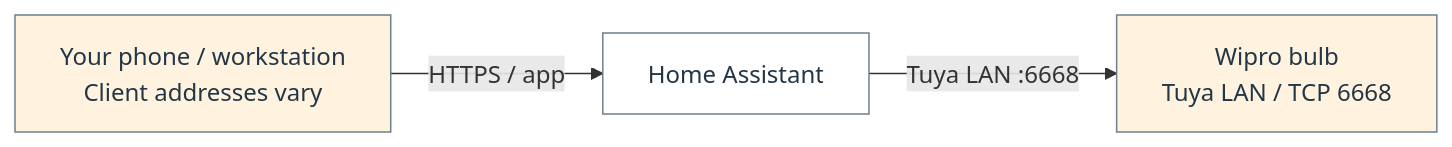
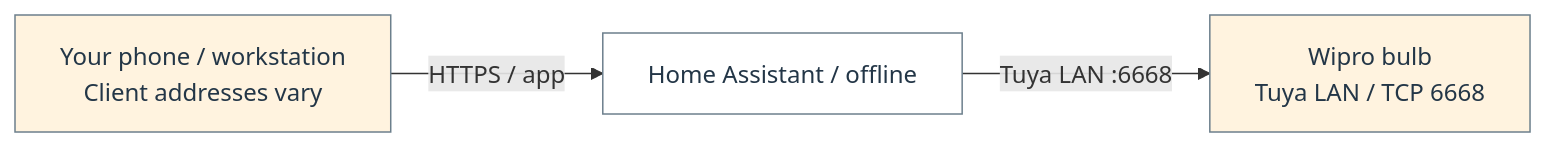
One commit to Harsh-2002/Homelab changed the third of 22 diagrams in docs/architecture/homelab-mermaid.md. Above: the diagram before and after it, drawn with Mermaid. The commit also changed other lines of this file and 38 other files, not shown here.

````diff
--- a/docs/architecture/homelab-mermaid.md
+++ b/docs/architecture/homelab-mermaid.md
@@ -315,12 +315,12 @@
 ```mermaid
 flowchart LR
   n_flow_1_0["Your phone / workstation<br/>Client addresses vary"]
-  n_flow_1_1["Home Assistant"]
+  n_flow_1_1["Home Assistant / offline"]
   n_flow_1_2["Wipro bulb<br/>Tuya LAN / TCP 6668"]
   n_flow_1_0 -->|"HTTPS / app"| n_flow_1_1
   n_flow_1_1 -->|"Tuya LAN :6668"| n_flow_1_2
   classDef c_flow_1_0 fill:#fff3df,stroke:#6c7f8c,color:#233647;
   class n_flow_1_0,n_flow_1_2 c_flow_1_0;
   classDef c_flow_1_1 fill:#ffffff,stroke:#6c7f8c,color:#233647;
   class n_flow_1_1 c_flow_1_1;
 ```
````
